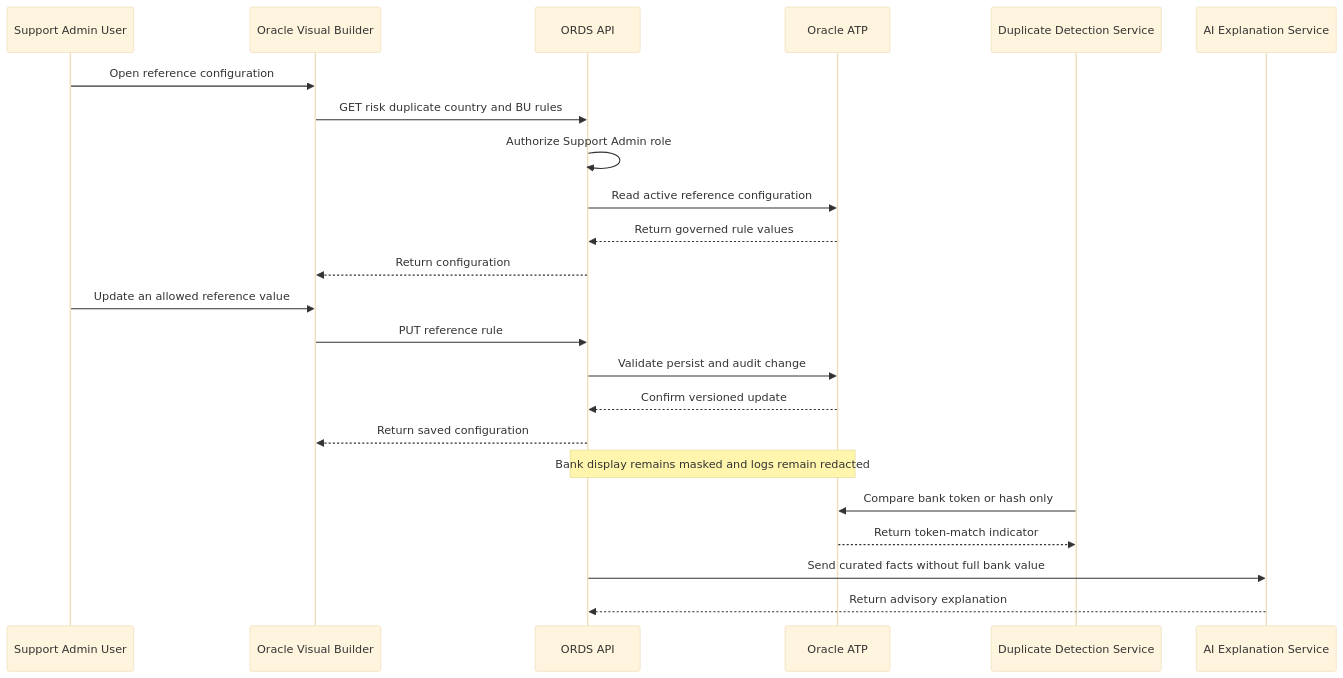
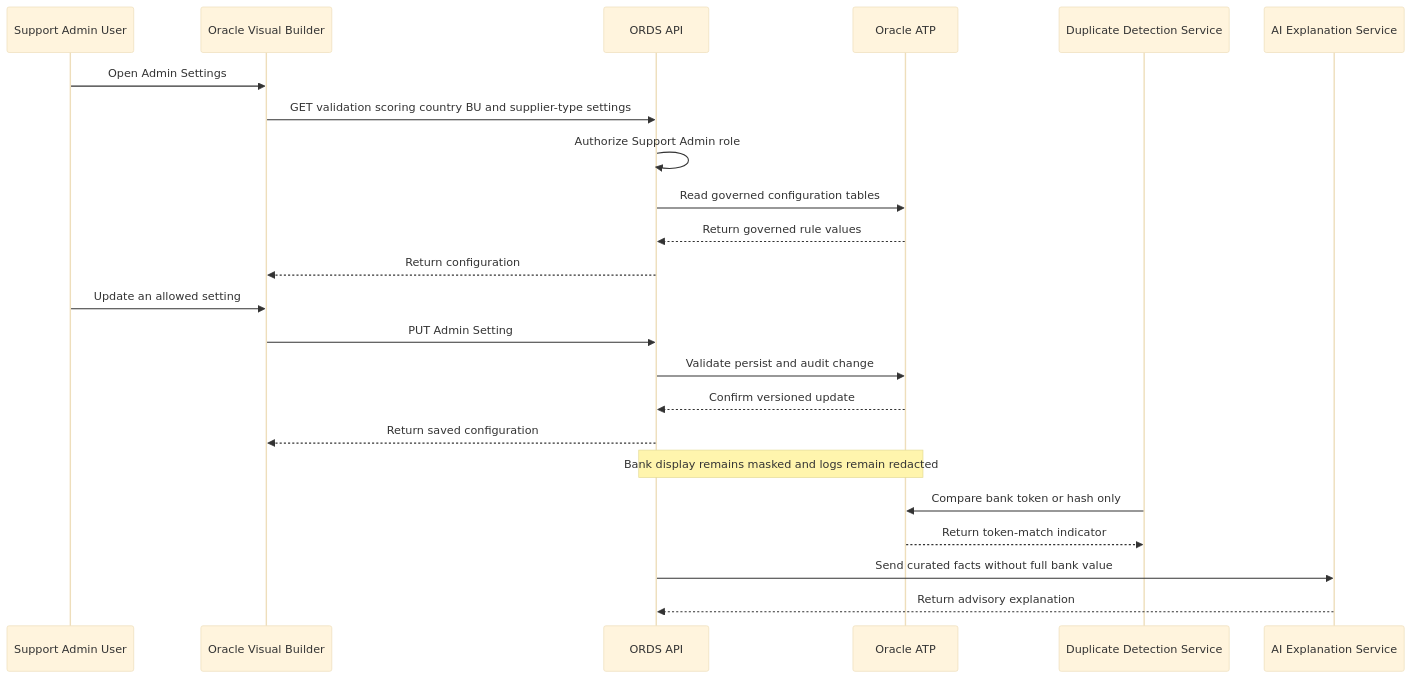
Before and after one commit to abdullahsohaill/erp-supplier-onboarding: diagram 13 of 14 in aidlc-docs/inception/user-stories/sequence-diagrams.md, drawn with Mermaid (base theme). The commit also changed other lines of this file and 6 other files, not shown here.

Commit message:
Align requirements and stories with finalized schema

````diff
--- a/aidlc-docs/inception/user-stories/sequence-diagrams.md
+++ b/aidlc-docs/inception/user-stories/sequence-diagrams.md
@@ -378,25 +386,25 @@
 ```mermaid
 sequenceDiagram
     participant Admin as Support Admin User
     participant VB as Oracle Visual Builder
     participant ORDS as ORDS API
     participant ATP as Oracle ATP
     participant Duplicate as Duplicate Detection Service
     participant AI as AI Explanation Service
-    Admin->>VB: Open reference configuration
-    VB->>ORDS: GET risk duplicate country and BU rules
+    Admin->>VB: Open Admin Settings
+    VB->>ORDS: GET validation scoring country BU and supplier-type settings
     ORDS->>ORDS: Authorize Support Admin role
-    ORDS->>ATP: Read active reference configuration
+    ORDS->>ATP: Read governed configuration tables
     ATP-->>ORDS: Return governed rule values
     ORDS-->>VB: Return configuration
-    Admin->>VB: Update an allowed reference value
-    VB->>ORDS: PUT reference rule
+    Admin->>VB: Update an allowed setting
+    VB->>ORDS: PUT Admin Setting
     ORDS->>ATP: Validate persist and audit change
     ATP-->>ORDS: Confirm versioned update
     ORDS-->>VB: Return saved configuration
     Note over ORDS,ATP: Bank display remains masked and logs remain redacted
     Duplicate->>ATP: Compare bank token or hash only
     ATP-->>Duplicate: Return token-match indicator
     ORDS->>AI: Send curated facts without full bank value
     AI-->>ORDS: Return advisory explanation
 ```
````
